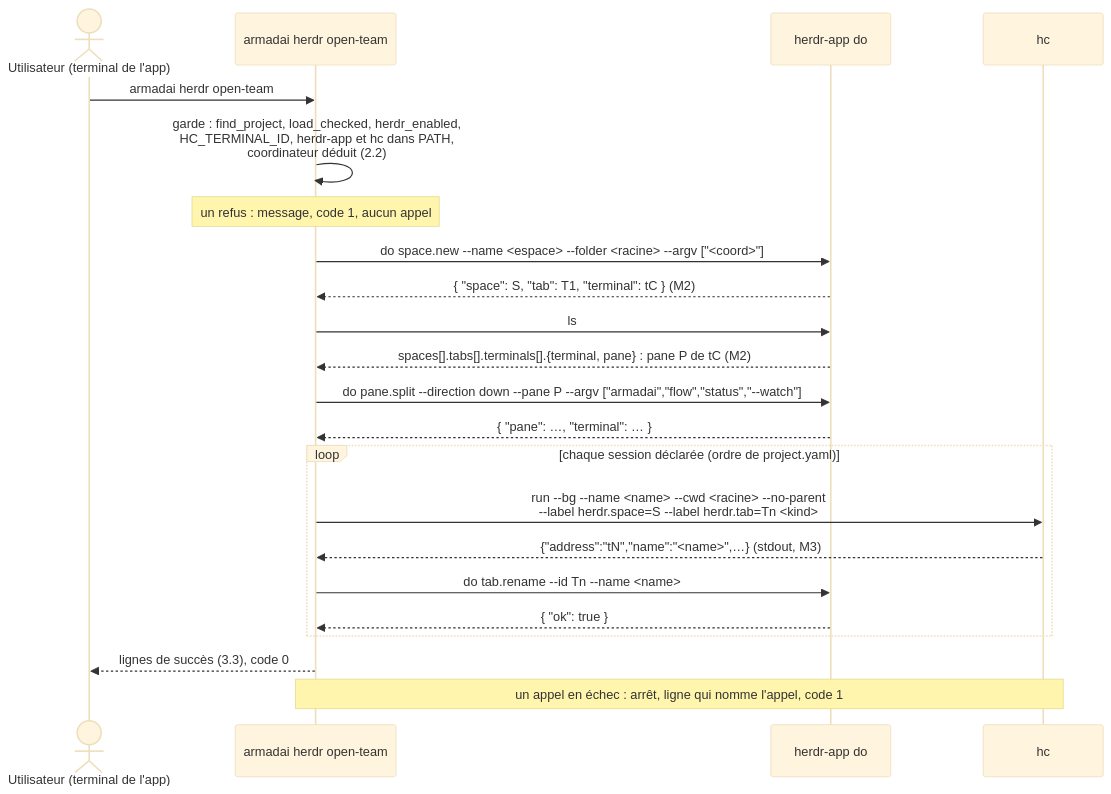
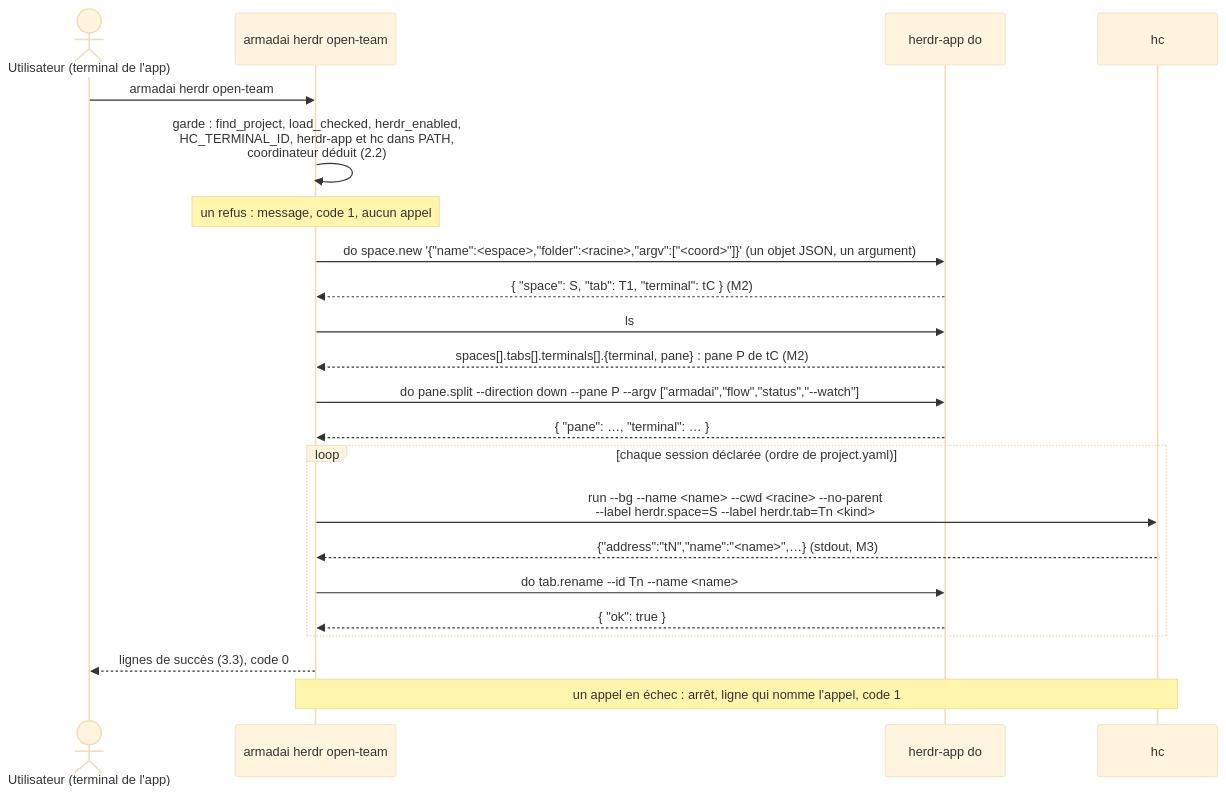
One commit to Dr0drigues/armadai changed the third of 4 diagrams in docs/superpowers/plans/2026-11-19-lot-herdr.md. Above: the diagram before and after it, drawn with Mermaid (base theme). The commit also changed other lines of this file and 1 other file, not shown here.

````diff
--- a/docs/superpowers/plans/2026-11-19-lot-herdr.md
+++ b/docs/superpowers/plans/2026-11-19-lot-herdr.md
@@ -136,24 +136,24 @@
 ```mermaid
 sequenceDiagram
   actor U as Utilisateur (terminal de l'app)
   participant A as armadai herdr open-team
   participant HA as herdr-app do
   participant HC as hc
   U->>A: armadai herdr open-team
   A->>A: garde : find_project, load_checked, herdr_enabled,<br/>HC_TERMINAL_ID, herdr-app et hc dans PATH,<br/>coordinateur déduit (2.2)
   Note over A: un refus : message, code 1, aucun appel
-  A->>HA: do space.new --name <espace> --folder <racine> --argv ["<coord>"]
+  A->>HA: do space.new '{"name":<espace>,"folder":<racine>,"argv":["<coord>"]}' (un objet JSON, un argument)
   HA-->>A: { "space": S, "tab": T1, "terminal": tC } (M2)
   A->>HA: ls
   HA-->>A: spaces[].tabs[].terminals[].{terminal, pane} : pane P de tC (M2)
   A->>HA: do pane.split --direction down --pane P --argv ["armadai","flow","status","--watch"]
   HA-->>A: { "pane": …, "terminal": … }
   loop chaque session déclarée (ordre de project.yaml)
     A->>HC: run --bg --name <name> --cwd <racine> --no-parent<br/>--label herdr.space=S --label herdr.tab=Tn <kind>
     HC-->>A: {"address":"tN","name":"<name>",…} (stdout, M3)
     A->>HA: do tab.rename --id Tn --name <name>
     HA-->>A: { "ok": true }
   end
   A-->>U: lignes de succès (3.3), code 0
   Note over A,HC: un appel en échec : arrêt, ligne qui nomme l'appel, code 1
 ```
````
